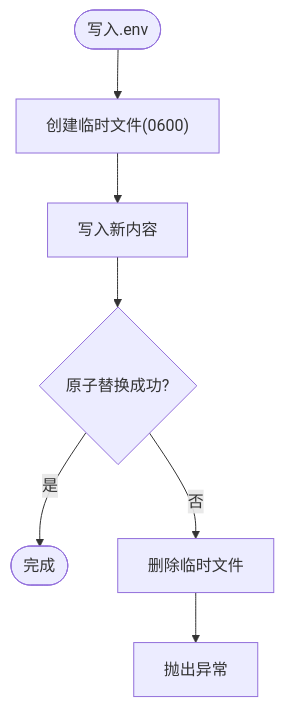
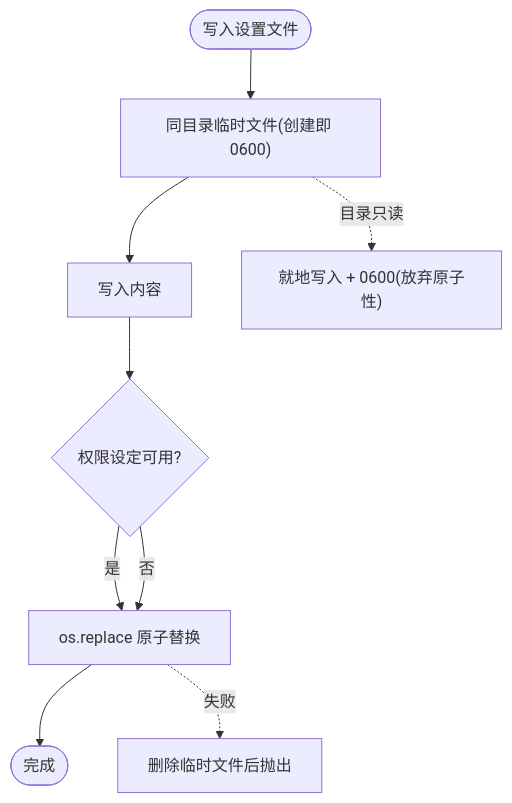
One commit to hjfire/vibe-trading-fw changed the fourth of 5 diagrams in repowiki/topics/安全与治理/数据安全.md. Above: the diagram before and after it, drawn with Mermaid. The commit also changed other lines of this file and 5 other files, not shown here.

````diff
--- a/repowiki/topics/安全与治理/数据安全.md
+++ b/repowiki/topics/安全与治理/数据安全.md
@@ -175,9 +230,11 @@
 ```mermaid
 flowchart TD
-Start(["写入.env"]) --> CreateTmp["创建临时文件(0600)"]
-CreateTmp --> WriteData["写入新内容"]
-WriteData --> Replace{"原子替换成功?"}
-Replace -- 是 --> EndOK(["完成"])
-Replace -- 否 --> Cleanup["删除临时文件"]
-Cleanup --> RaiseErr["抛出异常"]
+S(["写入设置文件"]) --> T["同目录临时文件(创建即 0600)"]
+T --> W["写入内容"]
+W --> P{"权限设定可用?"}
+P -- 是 --> R["os.replace 原子替换"]
+P -- 否 --> R
+R --> OK(["完成"])
+R -. 失败 .-> CL["删除临时文件后抛出"]
+T -. 目录只读 .-> IP["就地写入 + 0600(放弃原子性)"]
 ```
````
